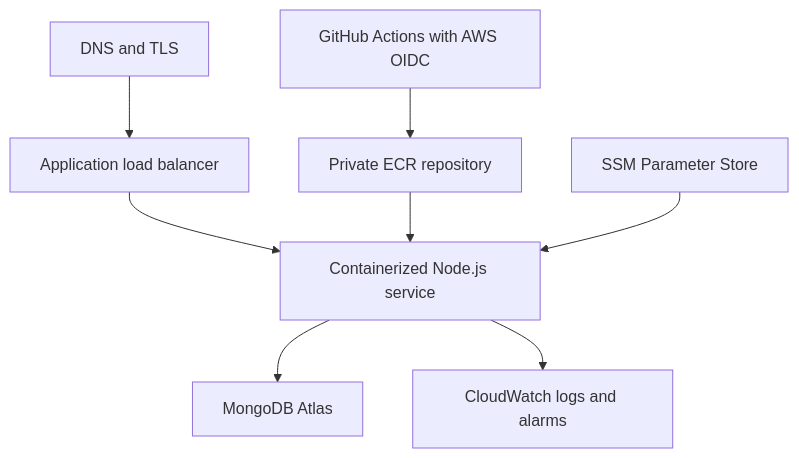
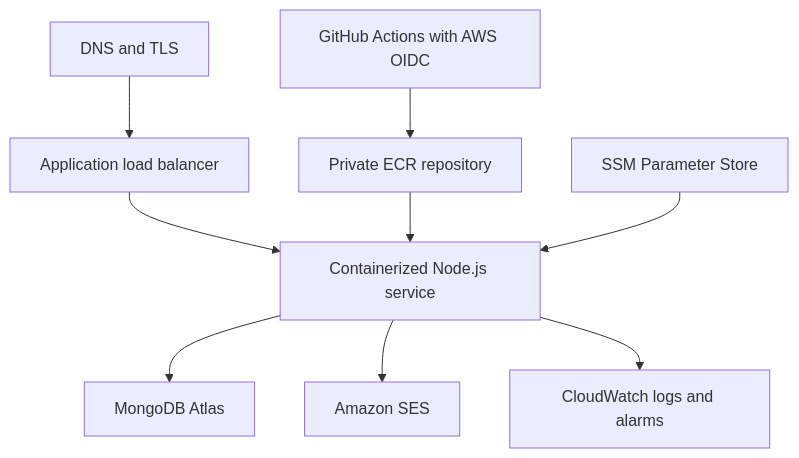
The second of 2 diagrams in docs/ARCHITECTURE.md (TshephangMogotsi/FormForge), drawn with Mermaid before and after one commit. The commit also changed other lines of this file and 27 other files, not shown here.

````diff
--- a/docs/ARCHITECTURE.md
+++ b/docs/ARCHITECTURE.md
@@ -79,10 +83,11 @@
 ```mermaid
 flowchart TB
     DNS["DNS and TLS"] --> LB["Application load balancer"]
     LB --> Service["Containerized Node.js service"]
     Service --> Atlas["MongoDB Atlas"]
+    Service --> Email["Amazon SES"]
     Service --> Logs["CloudWatch logs and alarms"]
     CI["GitHub Actions with AWS OIDC"] --> Registry["Private ECR repository"]
     Registry --> Service
     Secrets["SSM Parameter Store"] --> Service
 ```
````
